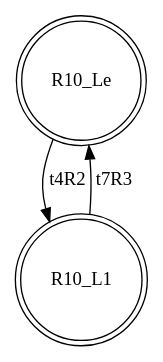
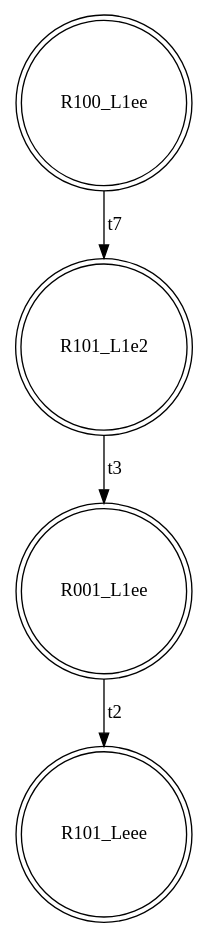
The diagram in debug/6_SC.dot (Stefano-BS/Explanatory-Diagnosis), drawn with Graphviz before and after one commit. The commit also changed 86 other files, not shown here.

```diff
--- a/debug/6_SC.dot
+++ b/debug/6_SC.dot
@@ -1,6 +1,9 @@
 digraph "SCdebug/6" {
-node [shape=doublecircle]; R10_Le ;
-node [shape=doublecircle]; R10_L1 ;
-R10_Le -> R10_L1 [label=t4R2]
-R10_L1 -> R10_Le [label=t7R3]
+node [shape=doublecircle]; R100_L1ee ;
+node [shape=doublecircle]; R101_L1e2 ;
+node [shape=doublecircle]; R001_L1ee ;
+node [shape=doublecircle]; R101_Leee ;
+R100_L1ee -> R101_L1e2 [label=t7]
+R101_L1e2 -> R001_L1ee [label=t3]
+R001_L1ee -> R101_Leee [label=t2]
 }
```
